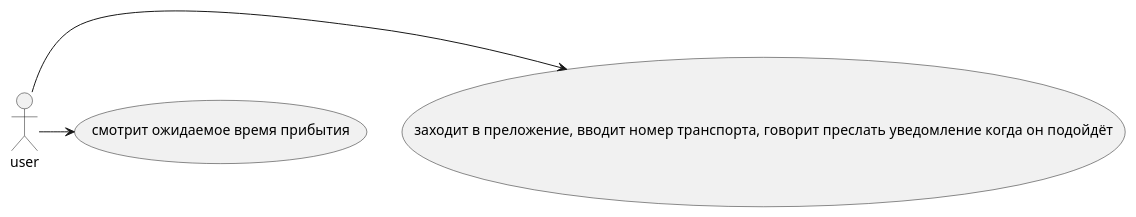
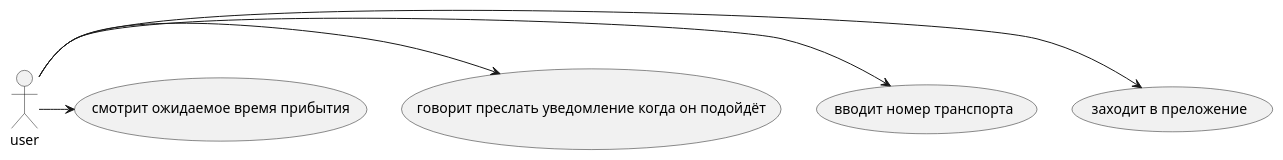
The diagram in реализация прототипа системы детализации информации о динамически перемещающихся объектах для людей с нарушением зрения/диаграммы/пользовательский сценарий.wsd (danila975/pi.danilalapshin), drawn with PlantUML before and after one commit. The commit also changed 4 other files, not shown here.

Commit message:
исправил диаграммы и требования.

```diff
--- a/реализация прототипа системы детализации информации о динамически перемещающихся объектах для людей с нарушением зрения/диаграммы/пользовательский сценарий.wsd
+++ b/реализация прототипа системы детализации информации о динамически перемещающихся объектах для людей с нарушением зрения/диаграммы/пользовательский сценарий.wsd
@@ -1,9 +1,13 @@
 @startuml
 
 actor user
-(заходит в преложение, вводит номер транспорта, говорит преслать уведомление когда он подойдёт) as (ac1)
-(смотрит ожидаемое время прибытия) as (ac2)
+(заходит в преложение) as (ac1)
+(вводит номер транспорта) as (ac2)
+(говорит преслать уведомление когда он подойдёт) as (ac3)
+(смотрит ожидаемое время прибытия) as (ac4)
 user -> ac1
 user -> ac2
+user -> ac3
+user -> ac4
 
 @enduml
```
